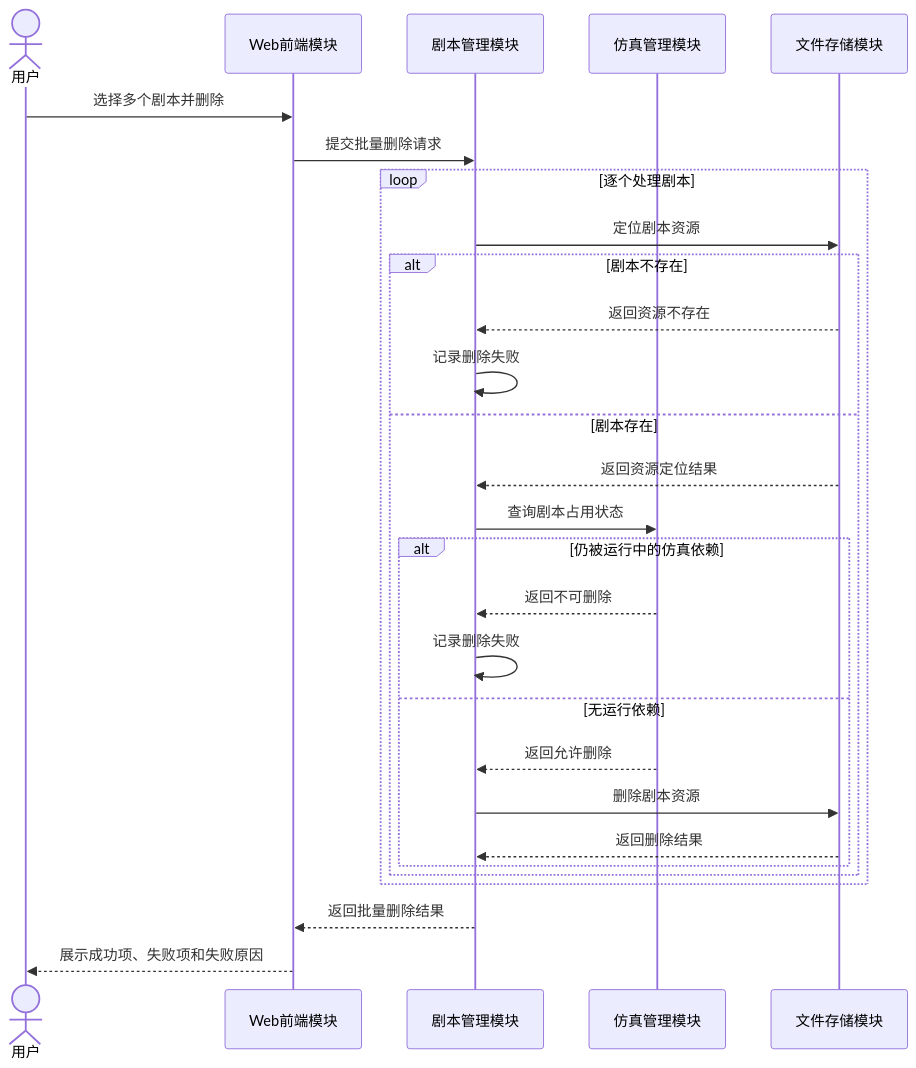
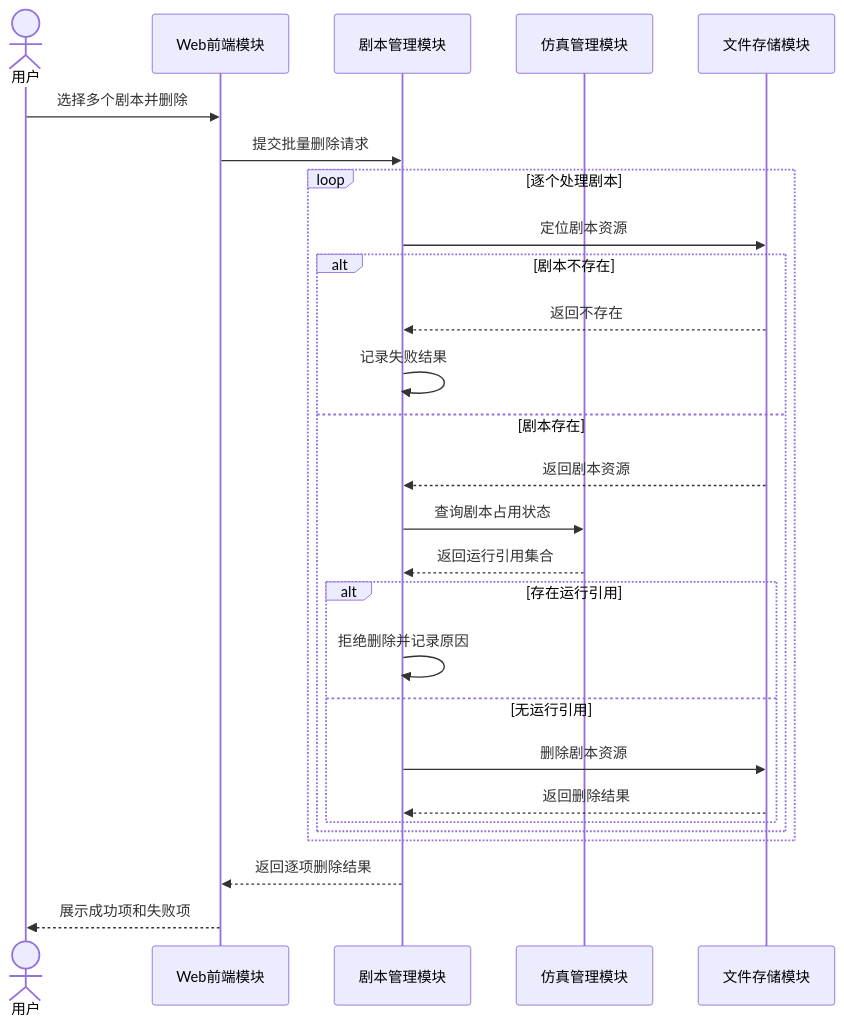
One commit to RIVERS0FT/AgentNetwork changed the fourth of 6 diagrams in docs/剧本管理设计.md. Above: the diagram before and after it, drawn with Mermaid. The commit also changed other lines of this file, not shown here.

Commit message:
docs: separate scene skill and tool definitions

````diff
--- a/docs/剧本管理设计.md
+++ b/docs/剧本管理设计.md
@@ -255,33 +280,32 @@
 ```mermaid
 sequenceDiagram
     actor User as 用户
     participant Web as Web前端模块
     participant SceneMgr as 剧本管理模块
     participant SimMgr as 仿真管理模块
     participant Store as 文件存储模块
 
     User->>Web: 选择多个剧本并删除
     Web->>SceneMgr: 提交批量删除请求
 
     loop 逐个处理剧本
         SceneMgr->>Store: 定位剧本资源
         alt 剧本不存在
-            Store-->>SceneMgr: 返回资源不存在
-            SceneMgr->>SceneMgr: 记录删除失败
+            Store-->>SceneMgr: 返回不存在
+            SceneMgr->>SceneMgr: 记录失败结果
         else 剧本存在
-            Store-->>SceneMgr: 返回资源定位结果
+            Store-->>SceneMgr: 返回剧本资源
             SceneMgr->>SimMgr: 查询剧本占用状态
-            alt 仍被运行中的仿真依赖
-                SimMgr-->>SceneMgr: 返回不可删除
-                SceneMgr->>SceneMgr: 记录删除失败
-            else 无运行依赖
-                SimMgr-->>SceneMgr: 返回允许删除
+            SimMgr-->>SceneMgr: 返回运行引用集合
+            alt 存在运行引用
+                SceneMgr->>SceneMgr: 拒绝删除并记录原因
+            else 无运行引用
                 SceneMgr->>Store: 删除剧本资源
                 Store-->>SceneMgr: 返回删除结果
             end
         end
     end
 
-    SceneMgr-->>Web: 返回批量删除结果
-    Web-->>User: 展示成功项、失败项和失败原因
+    SceneMgr-->>Web: 返回逐项删除结果
+    Web-->>User: 展示成功项和失败项
 ```
````
